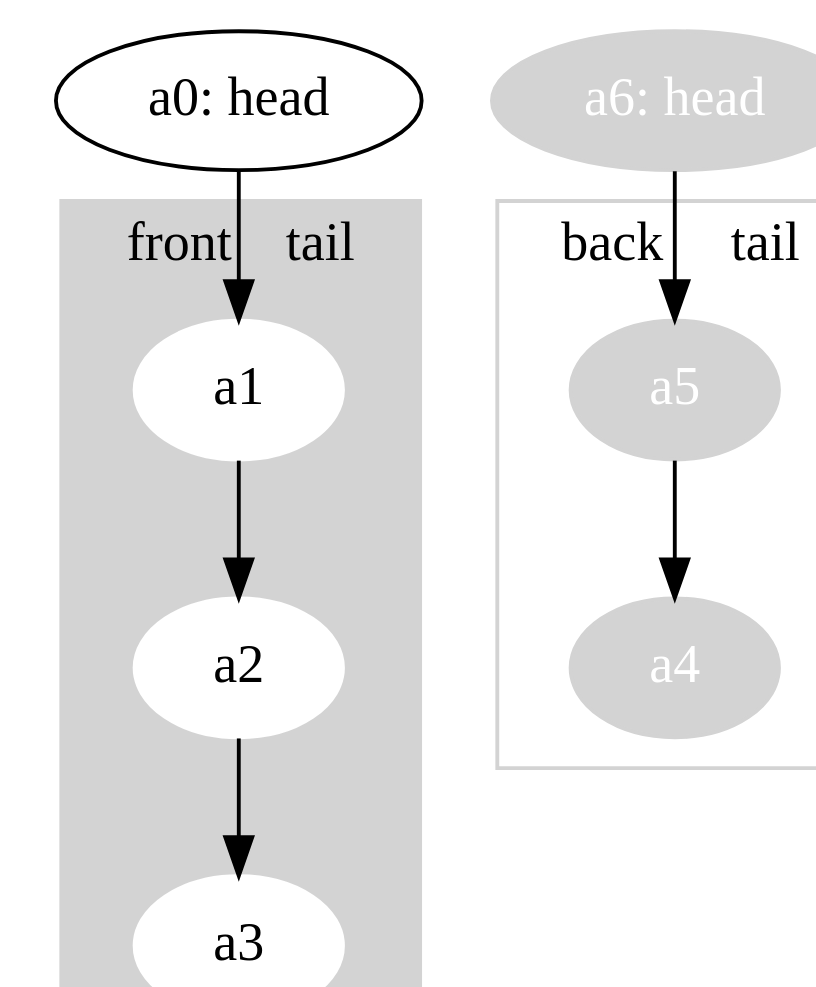
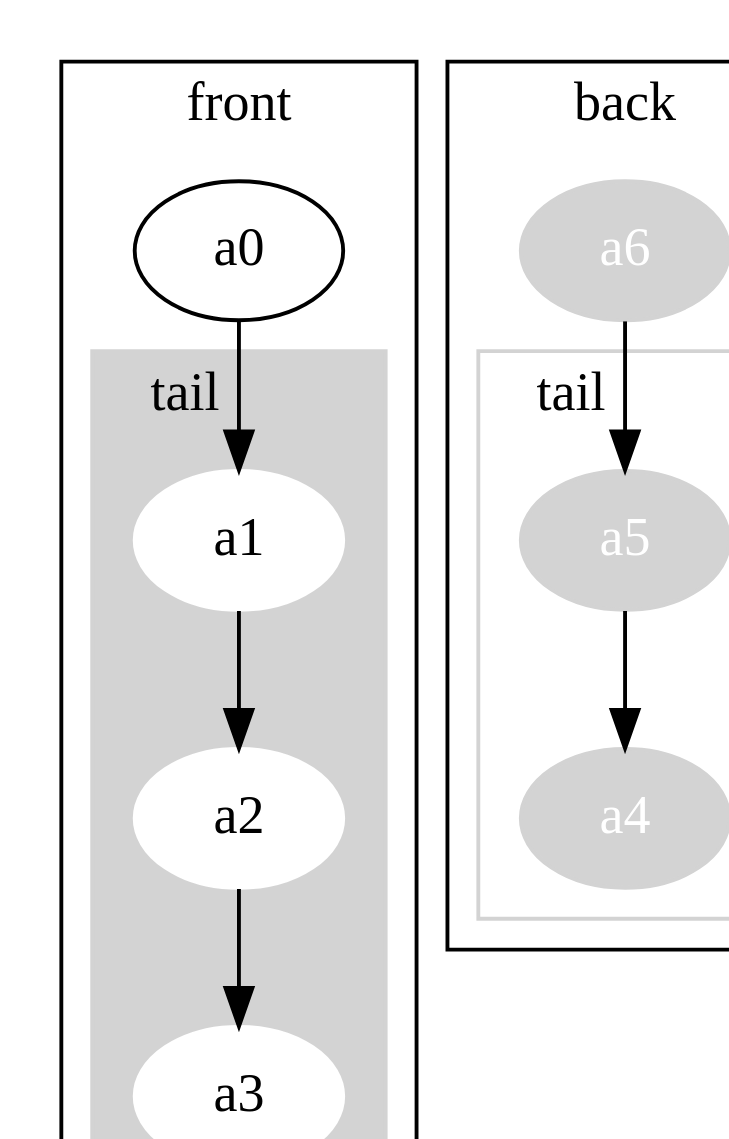
Diagram 19 of 20 in manuscript/book.org (fommil/fpmortals), drawn with Graphviz before and after one commit. The commit also changed other lines of this file and 4 other files, not shown here.

```diff
--- a/manuscript/book.org
+++ b/manuscript/book.org
@@ -7215,26 +7215,32 @@
 #+BEGIN_SRC dot :cmd dot :file images/dequeue.png :exports results
 digraph G {
     graph [dpi=100];
     node [fontname=Hack];
 
     subgraph cluster_front {
-        style=filled;
-        color=lightgrey;
-        node [style=filled,color=white];
-        a1;
-        a1 -> a2 -> a3;
-        label = "front    tail";
+        label = "front";
+        subgraph cluster_front_tail {
+            label = "tail        "
+            style=filled;
+            color=lightgrey;
+            node [style=filled,color=white];
+            a1;
+            a1 -> a2 -> a3;
+        }
+        a0;
+        a0 -> a1;
     }
 
     subgraph cluster_back {
-        node [style=filled,fontcolor=white,color=lightgray];
-        a5 -> a4
-        label = "back     tail";
-        color=lightgray;
+        label = "back";
+        subgraph cluster_back_tail {
+            node [style=filled,fontcolor=white,color=lightgray];
+            a5 -> a4
+            label = "tail        ";
+            color=lightgray;
+        }
+        a6 [style=filled,color=lightgray,fontcolor=white];
+        a6 -> a5;
     }
-    a0 [label="a0: head"];
-    a6 [label="a6: head",style=filled,color=lightgray,fontcolor=white];
-    a0 -> a1;
-    a6 -> a5;
 }
 #+END_SRC
```
